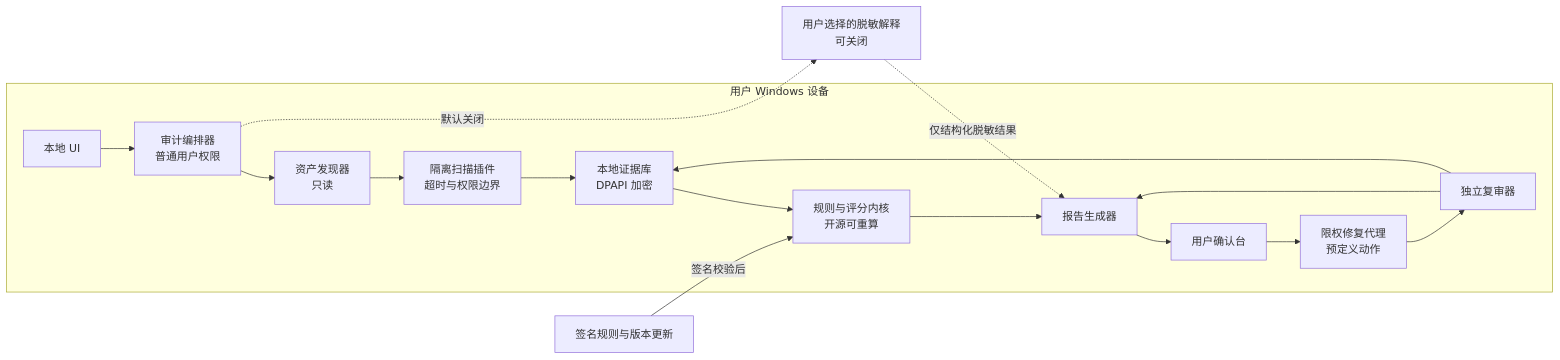
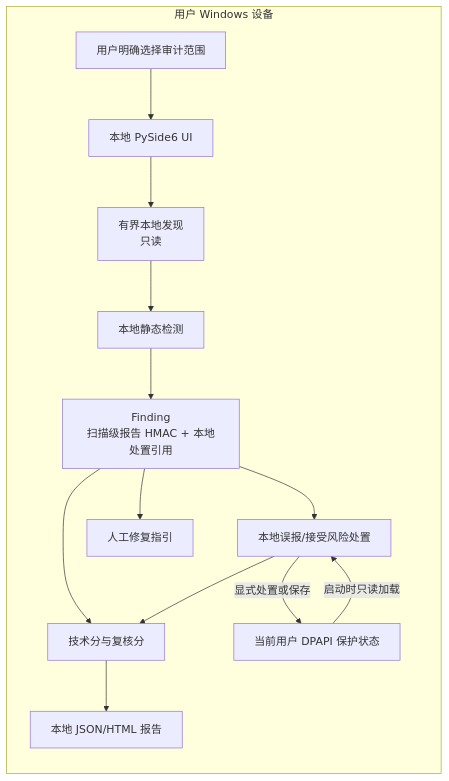
The diagram in docs/architecture.md (yangjing6213-dev/AgentGuardian), drawn with Mermaid before and after one commit. The commit also changed other lines of this file and 5 other files, not shown here.

````diff
--- a/docs/architecture.md
+++ b/docs/architecture.md
@@ -7,32 +7,26 @@
 ```mermaid
 flowchart LR
     subgraph Device[用户 Windows 设备]
-        UI[本地 UI]
-        Coord[审计编排器\n普通用户权限]
-        Discover[资产发现器\n只读]
-        Runner[隔离扫描插件\n超时与权限边界]
-        Evidence[本地证据库\nDPAPI 加密]
-        Rules[规则与评分内核\n开源可重算]
-        Report[报告生成器]
-        Review[用户确认台]
-        Broker[限权修复代理\n预定义动作]
-        Verify[独立复审器]
-        UI --> Coord
-        Coord --> Discover
-        Discover --> Runner
-        Runner --> Evidence
-        Evidence --> Rules
-        Rules --> Report
-        Report --> Review
-        Review --> Broker
-        Broker --> Verify
-        Verify --> Evidence
-        Verify --> Report
+        Scope[用户明确选择审计范围]
+        UI[本地 PySide6 UI]
+        Discover[有界本地发现\n只读]
+        Detect[本地静态检测]
+        Findings[Finding\n扫描级报告 HMAC + 本地处置引用]
+        Score[技术分与复核分]
+        Report[本地 JSON/HTML 报告]
+        Disposition[本地误报/接受风险处置]
+        State[当前用户 DPAPI 保护状态]
+        Guidance[人工修复指引]
+        Scope --> UI
+        UI --> Discover
+        Discover --> Detect
+        Detect --> Findings
+        Findings --> Score
+        Score --> Report
+        Findings --> Disposition
+        State -->|启动时只读加载| Disposition
+        Disposition -->|显式处置或保存| State
+        Disposition --> Score
+        Findings --> Guidance
     end
-
-    Update[签名规则与版本更新]
-    Optional[用户选择的脱敏解释\n可关闭]
-    Coord -.默认关闭.-> Optional
-    Update -->|签名校验后| Rules
-    Optional -.仅结构化脱敏结果.-> Report
 ```
````
